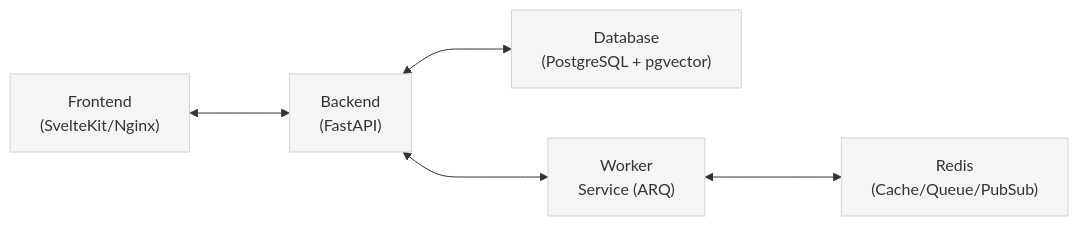
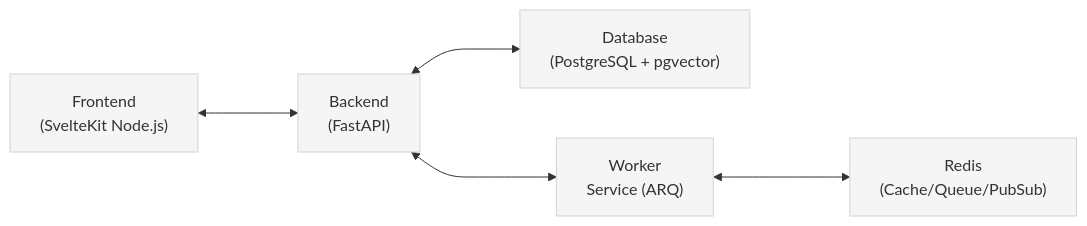
One commit to sundsvallai/intric changed the first of 6 diagrams in docs/architecture.md. Above: the diagram before and after it, drawn with Mermaid. The commit also changed other lines of this file and 12 other files, not shown here.

````diff
--- a/docs/architecture.md
+++ b/docs/architecture.md
@@ -39,11 +40,11 @@
 ```mermaid
 graph LR
     classDef component fill:#f5f5f5,stroke:#d3d3d3,stroke-width:1px,color:#333
 
-    Frontend["Frontend<br/>(SvelteKit/Nginx)"] <---> Backend["Backend<br/>(FastAPI)"]
+    Frontend["Frontend<br/>(SvelteKit Node.js)"] <---> Backend["Backend<br/>(FastAPI)"]
     Backend <---> Database["Database<br/>(PostgreSQL + pgvector)"]
     Backend <---> Worker["Worker<br/>Service (ARQ)"]
     Worker <---> Redis["Redis<br/>(Cache/Queue/PubSub)"]
 
     class Frontend,Backend,Database,Worker,Redis component
 ```
````
